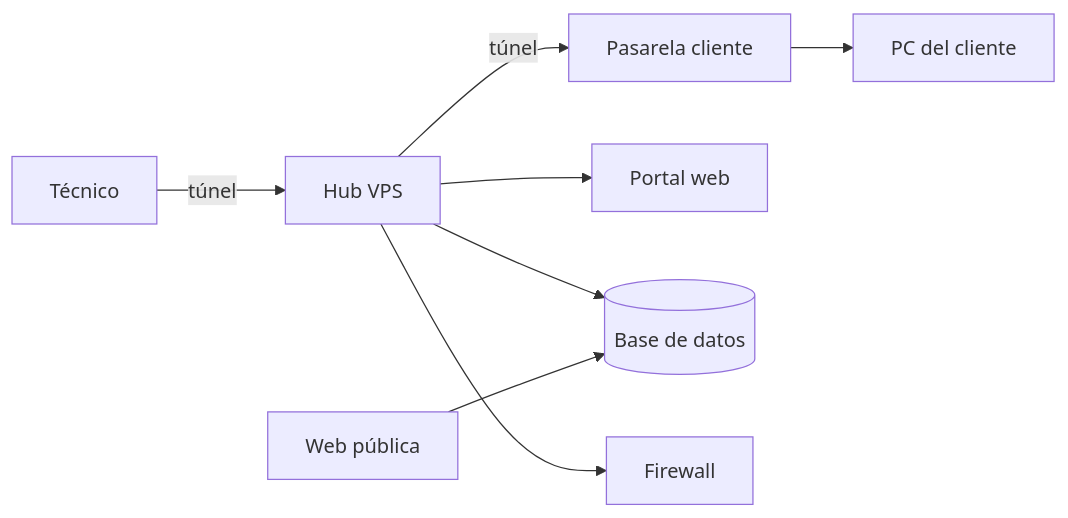
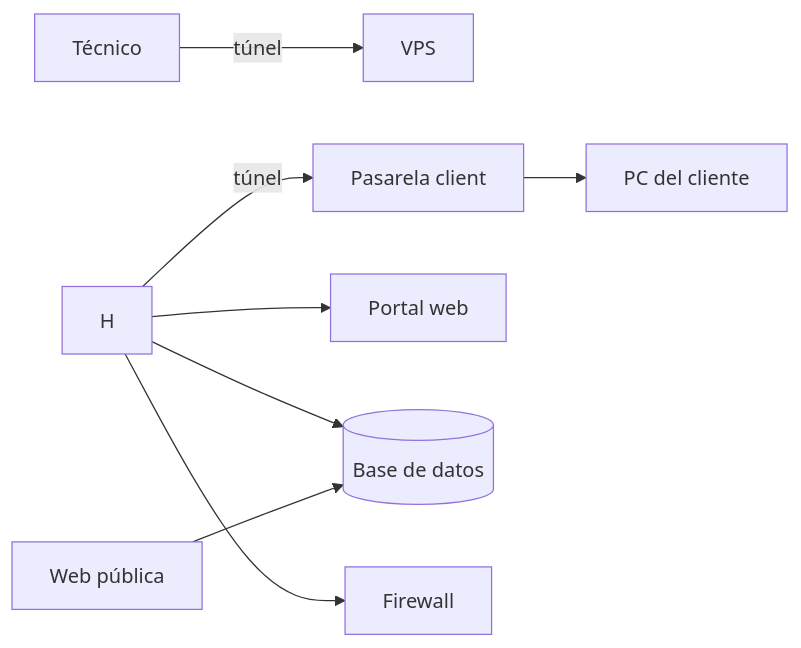
One commit to Afix-MAB/RBridge changed the second of 2 diagrams in esborrany.md. Above: the diagram before and after it, drawn with Mermaid. The commit also changed other lines of this file, not shown here.

Commit message:
Adding agents del projecte, and graph

````diff
--- a/esborrany.md
+++ b/esborrany.md
@@ -26,12 +48,12 @@
 ```mermaid
 flowchart LR
-    T[Técnico] -->|túnel| H[Hub VPS]
-    H -->|túnel| P[Pasarela cliente]
+    T[Técnico] -->|túnel| V[VPS]
+    H -->|túnel| P[Pasarela client]
     P --> PC[PC del cliente]
 
     H --> Portal[Portal web]
     H --> DB[(Base de datos)]
     H --> FW[Firewall]
 
-    Pub[Web pública] --> DB
+    WPub[Web pública] --> DB
 ```
````
